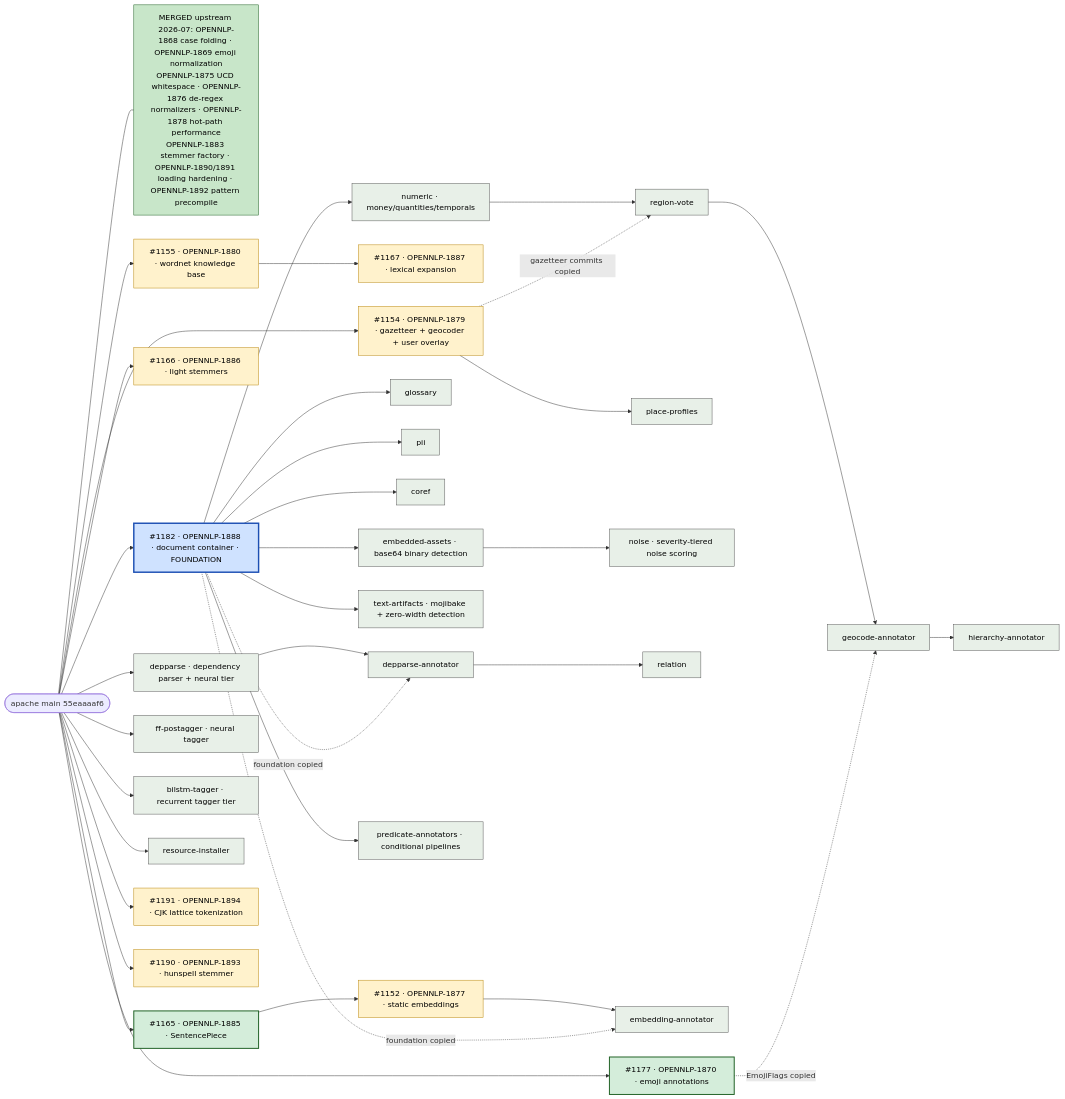
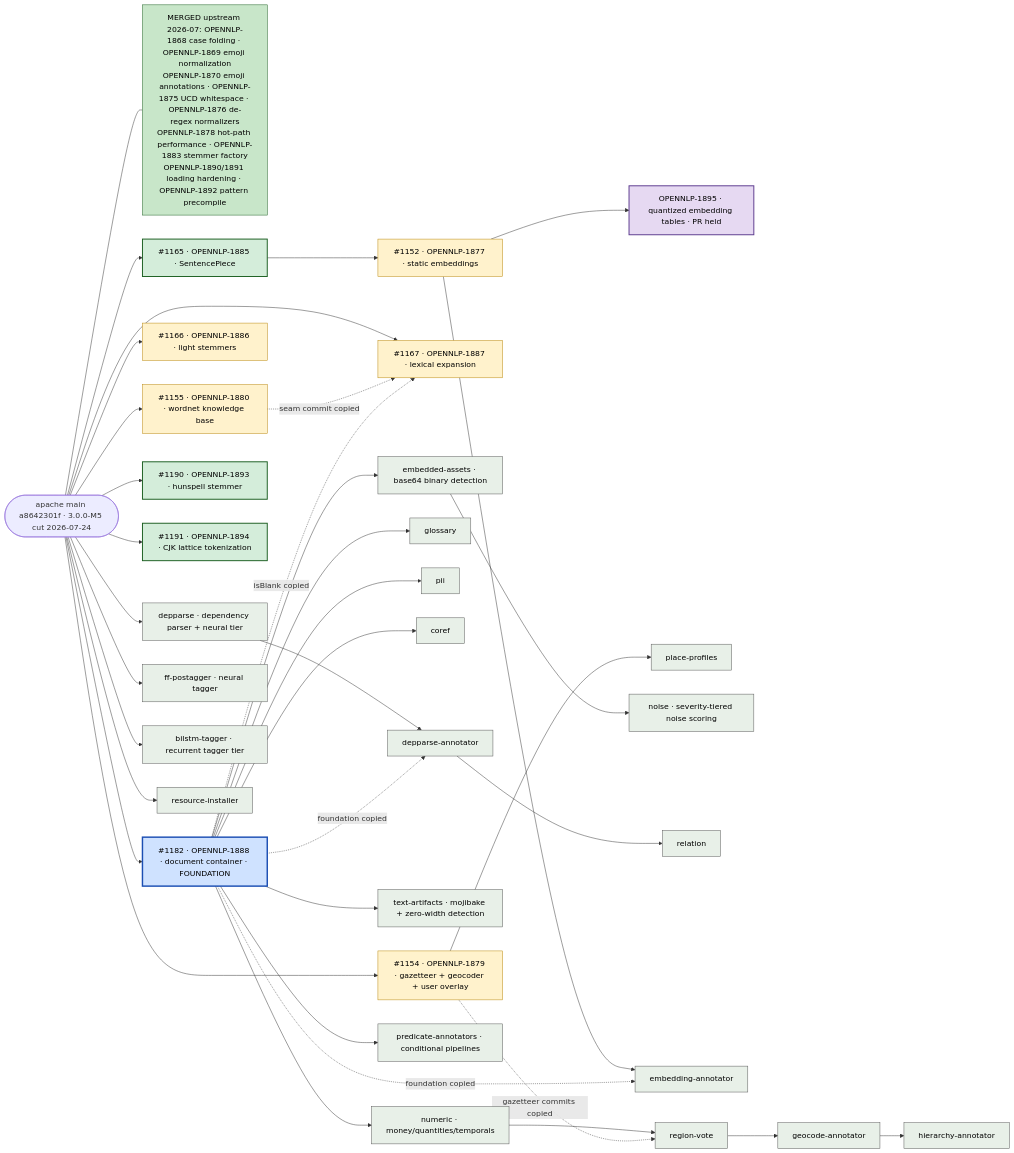
One commit to ai-pipestream/opennlp changed the diagram in RESEARCH_BRANCHES.md. Above: the diagram before and after it, drawn with Mermaid. The commit also changed other lines of this file, not shown here.

First line of the commit message:
RESEARCH_BRANCHES.md: 3.0.0-M5, #1190 and #1191 ready, OPENNLP-1895 recorded

````diff
--- a/RESEARCH_BRANCHES.md
+++ b/RESEARCH_BRANCHES.md
@@ -9,63 +9,68 @@
 ```mermaid
 flowchart LR
-  main([apache main 55eaaaaf6])
+  main(["apache main a8642301f · 3.0.0-M5 cut 2026-07-24"])
 
-  merged["MERGED upstream 2026-07: OPENNLP-1868 case folding · OPENNLP-1869 emoji normalization<br/>OPENNLP-1875 UCD whitespace · OPENNLP-1876 de-regex normalizers · OPENNLP-1878 hot-path performance<br/>OPENNLP-1883 stemmer factory · OPENNLP-1890/1891 loading hardening · OPENNLP-1892 pattern precompile"]
+  merged["MERGED upstream 2026-07: OPENNLP-1868 case folding · OPENNLP-1869 emoji normalization<br/>OPENNLP-1870 emoji annotations · OPENNLP-1875 UCD whitespace · OPENNLP-1876 de-regex normalizers<br/>OPENNLP-1878 hot-path performance · OPENNLP-1883 stemmer factory<br/>OPENNLP-1890/1891 loading hardening · OPENNLP-1892 pattern precompile"]
   main --- merged
 
   %% ---- open pull requests against apache/opennlp ----
-  main --> p1177["#1177 · OPENNLP-1870 · emoji annotations"]
   main --> p1182["#1182 · OPENNLP-1888 · document container · FOUNDATION"]
   main --> d1154["#1154 · OPENNLP-1879 · gazetteer + geocoder + user overlay"]
   main --> d1155["#1155 · OPENNLP-1880 · wordnet knowledge base"]
-  d1155 --> d1167["#1167 · OPENNLP-1887 · lexical expansion"]
+  main --> d1167["#1167 · OPENNLP-1887 · lexical expansion"]
+  d1155 -. seam commit copied .-> d1167
+  p1182 -. isBlank copied .-> d1167
   main --> d1166["#1166 · OPENNLP-1886 · light stemmers"]
   main --> d1165["#1165 · OPENNLP-1885 · SentencePiece"]
   d1165 --> d1152["#1152 · OPENNLP-1877 · static embeddings"]
+  main --> huns["#1190 · OPENNLP-1893 · hunspell stemmer"]
+  main --> cjk["#1191 · OPENNLP-1894 · CJK lattice tokenization"]
+
+  %% ---- filed upstream, pull request deliberately held ----
+  d1152 --> tq["OPENNLP-1895 · quantized embedding tables · PR held"]
 
   %% ---- staged engines (this fork only) ----
   main --> depp["depparse · dependency parser + neural tier"]
   main --> fftag["ff-postagger · neural tagger"]
   main --> bilstm["bilstm-tagger · recurrent tagger tier"]
   main --> inst["resource-installer"]
-  main --> cjk["#1191 · OPENNLP-1894 · CJK lattice tokenization"]
-  main --> huns["#1190 · OPENNLP-1893 · hunspell stemmer"]
   d1154 --> prof["place-profiles"]
 
   %% ---- staged annotators over the document container ----
   p1182 --> glos["glossary"]
   p1182 --> pii["pii"]
   p1182 --> coref["coref"]
   p1182 --> num["numeric · money/quantities/temporals"]
 
   %% ---- text-hygiene pack over the document container ----
   p1182 --> tart["text-artifacts · mojibake + zero-width detection"]
   p1182 --> asset["embedded-assets · base64 binary detection"]
   asset --> noiz["noise · severity-tiered noise scoring"]
   p1182 --> pred["predicate-annotators · conditional pipelines"]
 
   depp --> deppa["depparse-annotator"]
   p1182 -. foundation copied .-> deppa
   deppa --> rel["relation"]
 
   d1152 --> emb["embedding-annotator"]
   p1182 -. foundation copied .-> emb
 
   num --> rvote["region-vote"]
   d1154 -. gazetteer commits copied .-> rvote
   rvote --> geo["geocode-annotator"]
-  p1177 -. EmojiFlags copied .-> geo
   geo --> hier["hierarchy-annotator"]
 
   classDef mergedC fill:#c8e6c9,stroke:#1b5e20,color:#000;
   classDef ready fill:#d4edda,stroke:#1b5e20,color:#000,stroke-width:2px;
   classDef draft fill:#fff2cc,stroke:#b8860b,color:#000;
   classDef foundation fill:#cfe2ff,stroke:#1c4fb3,color:#000,stroke-width:3px;
+  classDef filed fill:#e6d9f2,stroke:#5b3a8e,color:#000,stroke-width:2px;
   classDef cut fill:#e8f0e8,stroke:#555,color:#000;
 
   class merged mergedC;
-  class p1177,d1165 ready;
-  class d1152,d1154,d1155,d1166,d1167,huns,cjk draft;
+  class d1165,huns,cjk ready;
+  class d1152,d1154,d1155,d1166,d1167 draft;
   class p1182 foundation;
+  class tq filed;
   class depp,fftag,bilstm,inst,prof,glos,pii,coref,num,tart,asset,noiz,pred,deppa,rel,geo,hier,rvote,emb cut;
 ```
````
